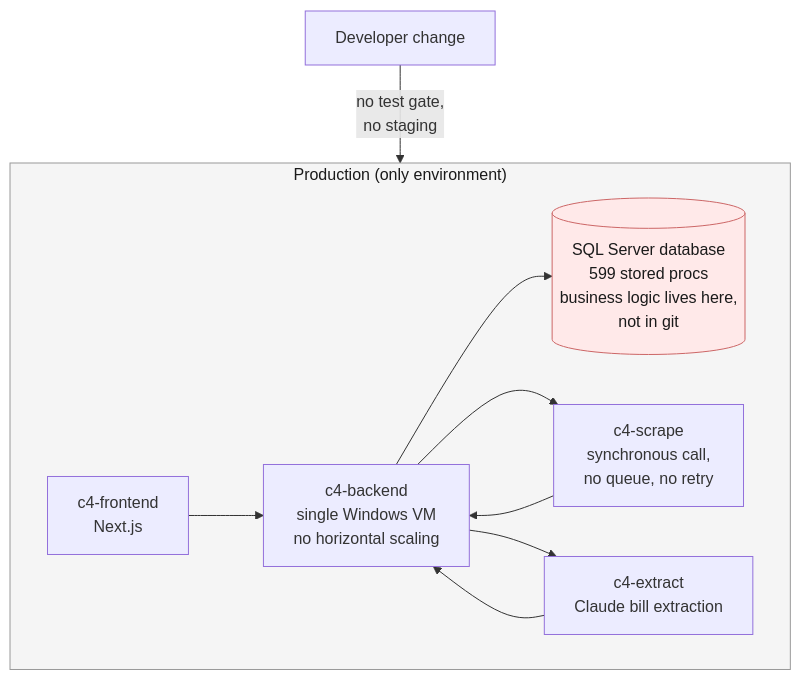
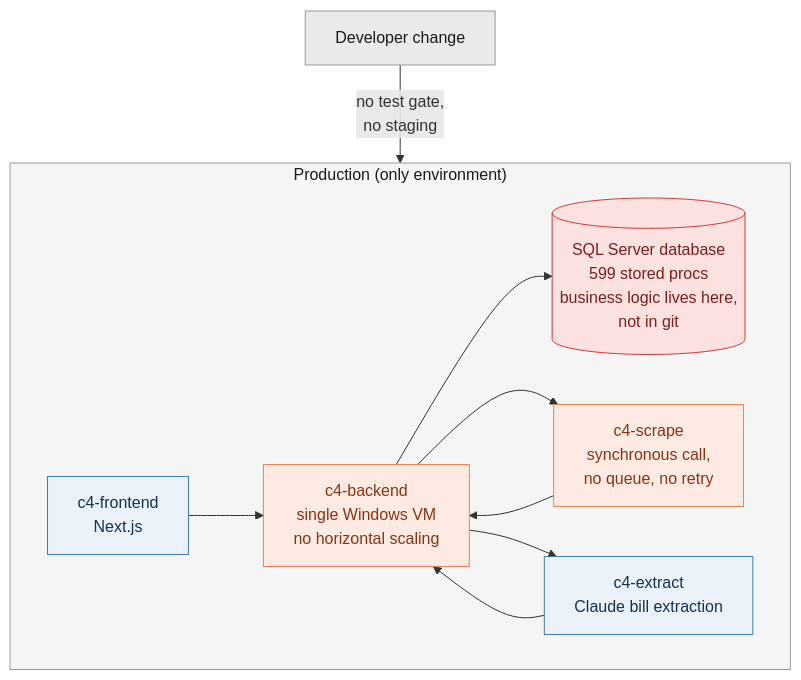
The first of 3 diagrams in docs/projects/ubility-partnership-proposal.md (keystone-software-systems/keystone-web), drawn with Mermaid before and after one commit. The commit also changed other lines of this file, not shown here.

First line of the commit message:
style: add semantic color to the two architecture diagrams

````diff
--- a/docs/projects/ubility-partnership-proposal.md
+++ b/docs/projects/ubility-partnership-proposal.md
@@ -88,22 +88,27 @@
 ```mermaid
 graph TD
     DEV["Developer change"] -->|"no test gate,<br/>no staging"| PROD
 
     subgraph PROD["Production (only environment)"]
         FE["c4-frontend<br/>Next.js"]
         BE["c4-backend<br/>single Windows VM<br/>no horizontal scaling"]
         DB[("SQL Server database<br/>599 stored procs<br/>business logic lives here,<br/>not in git")]
         SC["c4-scrape<br/>synchronous call,<br/>no queue, no retry"]
         EX["c4-extract<br/>Claude bill extraction"]
     end
 
     FE --> BE
     BE --> DB
     BE --> SC
     SC --> BE
     BE --> EX
     EX --> BE
 
-    style PROD fill:#f5f5f5,stroke:#999,color:#1a1a1a
-    style DB fill:#ffe9e9,stroke:#c66,color:#1a1a1a
+    style PROD fill:#f5f5f5,stroke:#999999,color:#1a1a1a
+    style DEV fill:#eaeaea,stroke:#999999,color:#1a1a1a
+    style FE fill:#eaf1f8,stroke:#3E7CB1,color:#14324D
+    style BE fill:#fdebe3,stroke:#ec835a,color:#8a3313
+    style DB fill:#fbe2e1,stroke:#d03b3b,color:#7a1f1f
+    style SC fill:#fdebe3,stroke:#ec835a,color:#8a3313
+    style EX fill:#eaf1f8,stroke:#3E7CB1,color:#14324D
 ```
````
